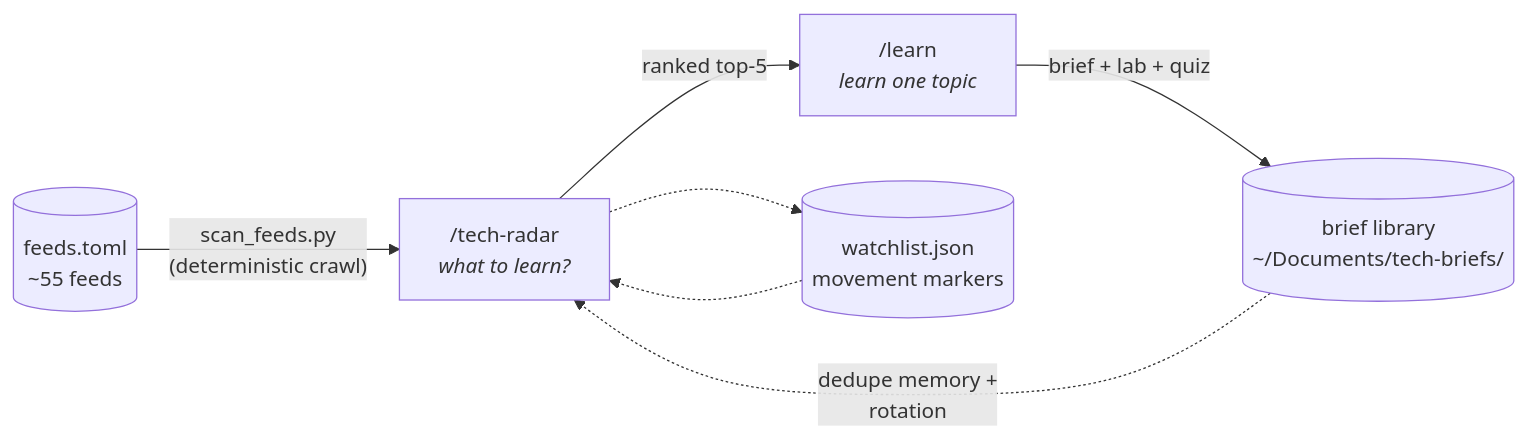
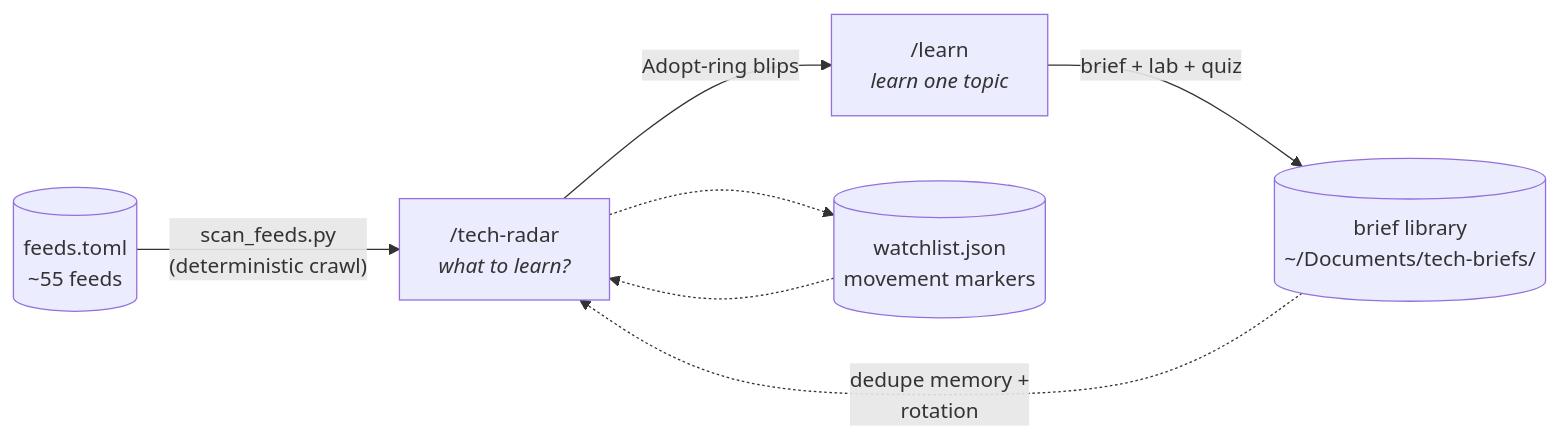
Before and after one commit to ayberkcansever/ai-skills: the second of 2 diagrams in README.md, drawn with Mermaid. The commit also changed other lines of this file and 3 other files, not shown here.

````diff
--- a/README.md
+++ b/README.md
@@ -168,9 +168,9 @@
 ```mermaid
 flowchart LR
     F[("feeds.toml<br/>~55 feeds")] -->|"scan_feeds.py<br/>(deterministic crawl)"| R["/tech-radar<br/><i>what to learn?</i>"]
-    R -->|"ranked top-5"| B["/learn<br/><i>learn one topic</i>"]
+    R -->|"Adopt-ring blips"| B["/learn<br/><i>learn one topic</i>"]
     B -->|"brief + lab + quiz"| L[("brief library<br/>~/Documents/tech-briefs/")]
     L -.->|"dedupe memory +<br/>rotation"| R
     W[("watchlist.json<br/>movement markers")] -.-> R
     R -.-> W
 ```
````
